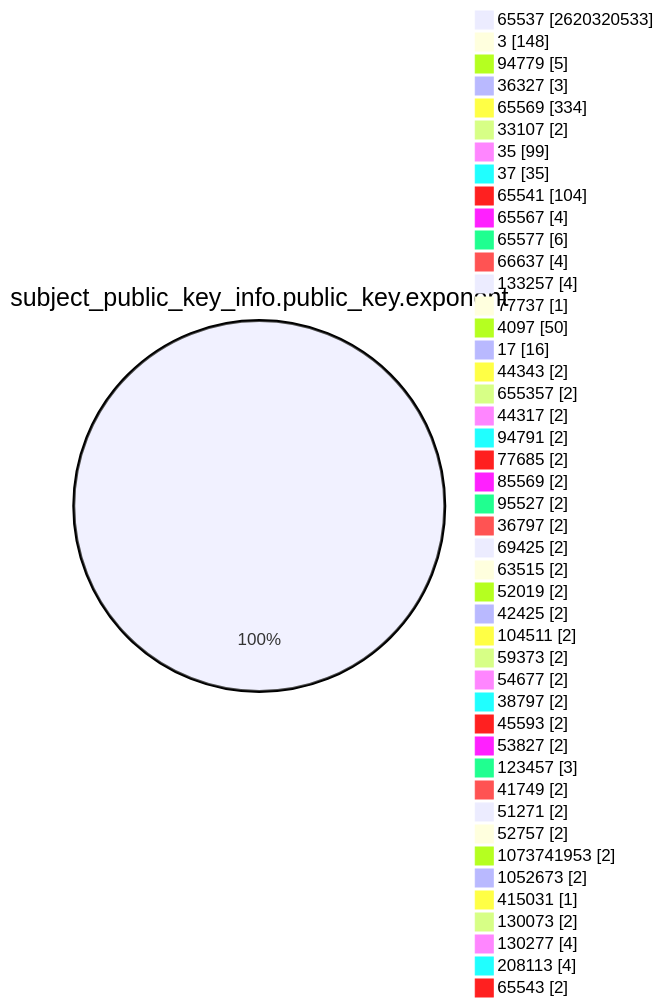
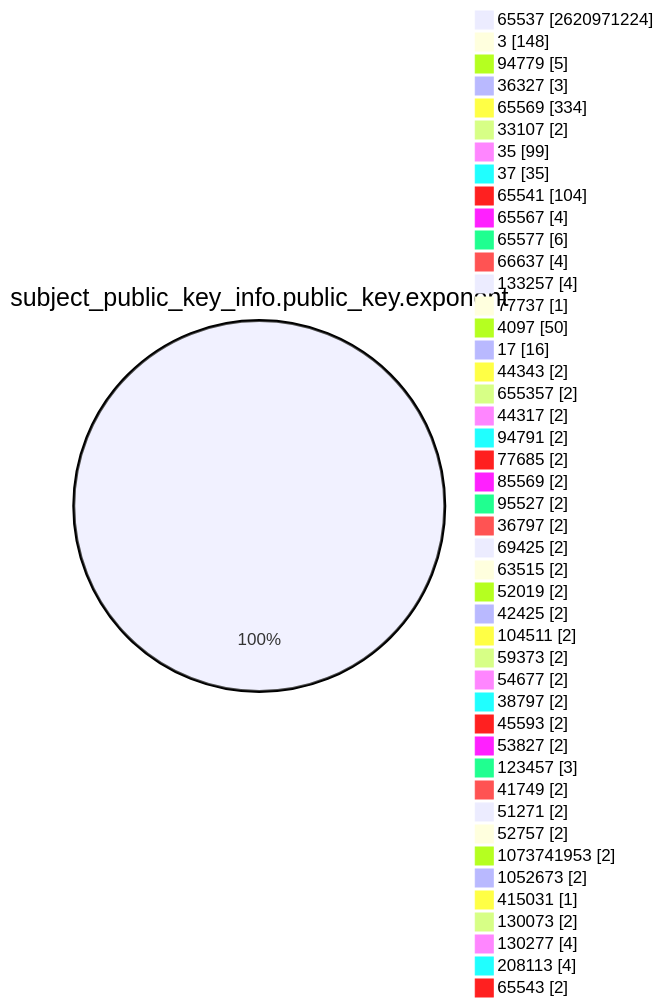
Before and after one commit to christiankrug/ctmonitor_visualization: the fourth of 15 diagrams in TOTAL/README.md, drawn with Mermaid. The commit also changed other lines of this file, not shown here.

````diff
--- a/TOTAL/README.md
+++ b/TOTAL/README.md
@@ -1466,49 +1466,49 @@
 ```mermaid
 pie showData
 title subject_public_key_info.public_key.exponent
-"65537" :2620320533
+"65537" :2620971224
 "3" :148
 "94779" :5
 "36327" :3
 "65569" :334
 "33107" :2
 "35" :99
 "37" :35
 "65541" :104
 "65567" :4
 "65577" :6
 "66637" :4
 "133257" :4
 "77737" :1
 "4097" :50
 "17" :16
 "44343" :2
 "655357" :2
 "44317" :2
 "94791" :2
 "77685" :2
 "85569" :2
 "95527" :2
 "36797" :2
 "69425" :2
 "63515" :2
 "52019" :2
 "42425" :2
 "104511" :2
 "59373" :2
 "54677" :2
 "38797" :2
 "45593" :2
 "53827" :2
 "123457" :3
 "41749" :2
 "51271" :2
 "52757" :2
 "1073741953" :2
 "1052673" :2
 "415031" :1
 "130073" :2
 "130277" :4
 "208113" :4
 "65543" :2
 ```
````
